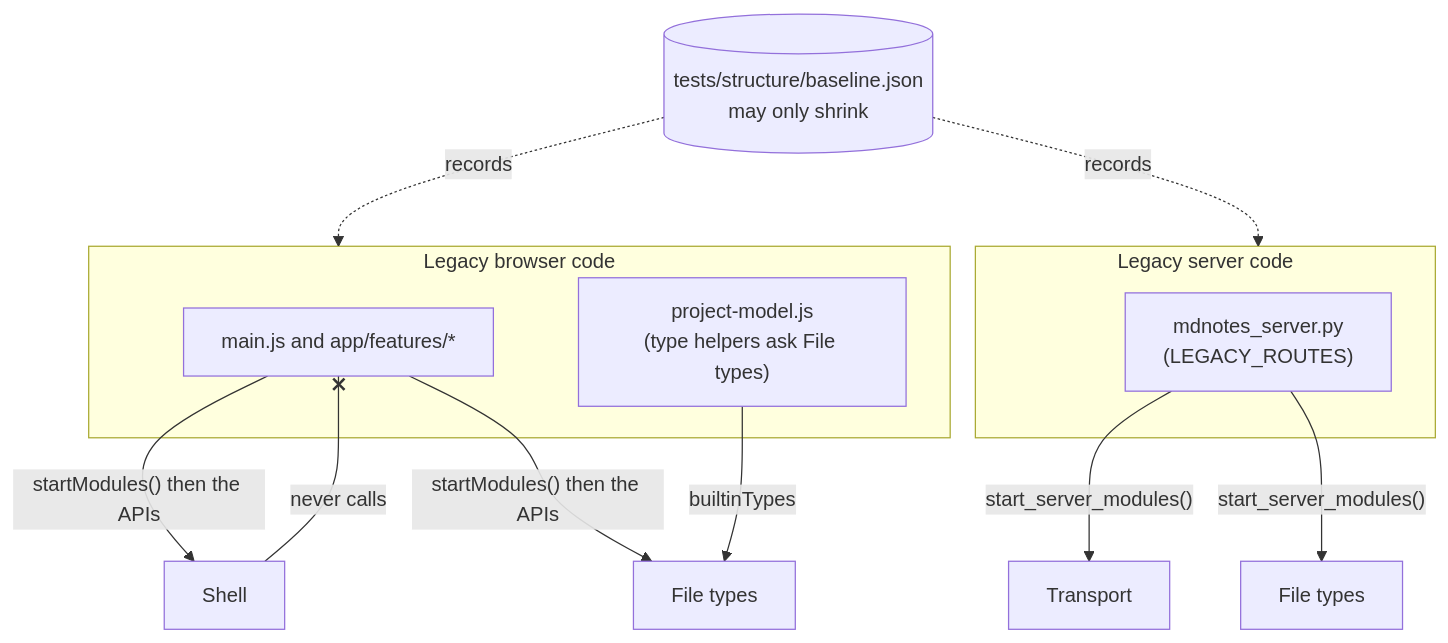
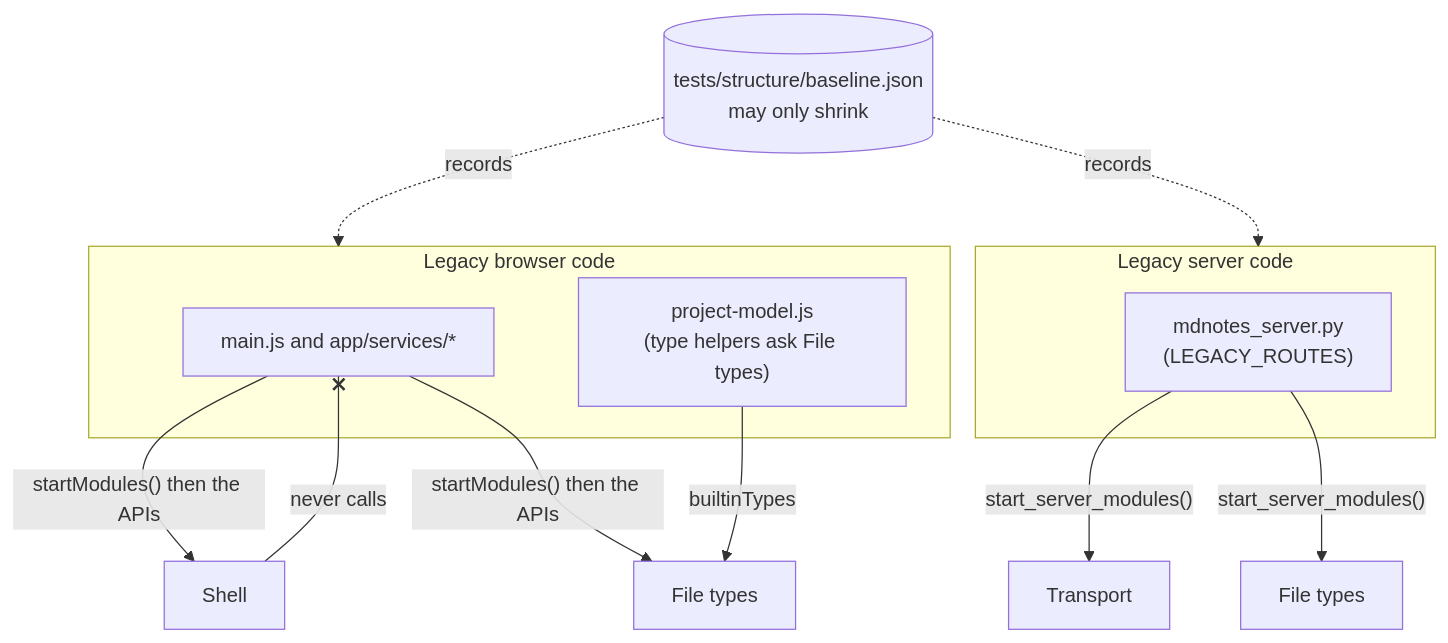
One commit to RustColeone/StiloMarker changed the fourth of 5 diagrams in docs/ARCHITECTURE.md. Above: the diagram before and after it, drawn with Mermaid. The commit also changed other lines of this file and 41 other files, not shown here.

````diff
--- a/docs/ARCHITECTURE.md
+++ b/docs/ARCHITECTURE.md
@@ -164,15 +164,15 @@
 ```mermaid
 flowchart TB
   subgraph LegacyB["Legacy browser code"]
-    Main["main.js and app/features/*"]
+    Main["main.js and app/services/*"]
     PM["project-model.js<br/>(type helpers ask File types)"]
   end
   subgraph LegacyS["Legacy server code"]
     MS["mdnotes_server.py<br/>(LEGACY_ROUTES)"]
   end
   Main -->|"startModules() then the APIs"| BShell2["Shell"] & BTypes2["File types"]
   PM -->|builtinTypes| BTypes2
   MS -->|"start_server_modules()"| STrans2["Transport"] & STypes2["File types"]
   BShell2 -- never calls --x Main
   Baseline[("tests/structure/baseline.json<br/>may only shrink")] -.records.-> LegacyB & LegacyS
 ```
````
